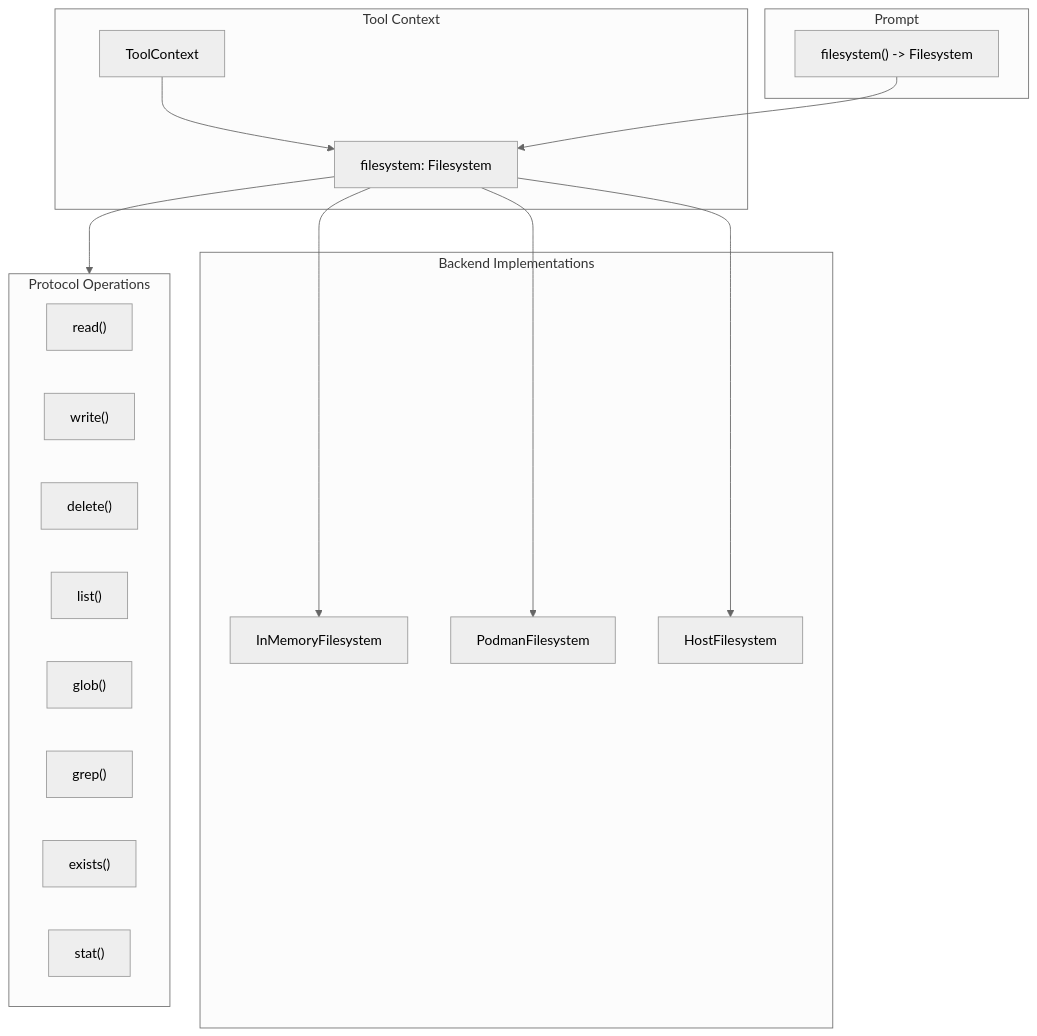
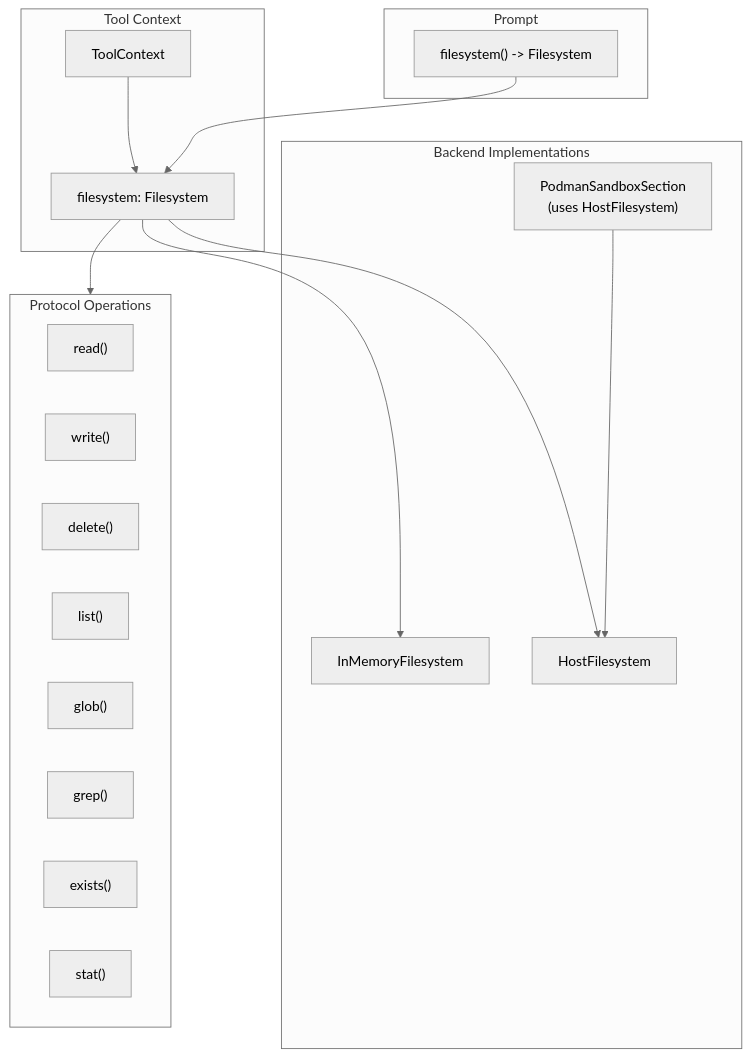
Before and after one commit to weakincentives/weakincentives: the first of 2 diagrams in specs/FILESYSTEM.md, drawn with Mermaid (neutral theme). The commit also changed other lines of this file, not shown here.

First line of the commit message:
Update FILESYSTEM.md to reflect actual Podman implementation

````diff
--- a/specs/FILESYSTEM.md
+++ b/specs/FILESYSTEM.md
@@ -22,35 +22,35 @@
 ```mermaid
 flowchart TB
     subgraph Context["Tool Context"]
         ToolContext["ToolContext"]
         FS["filesystem: Filesystem"]
     end
 
     subgraph Prompt["Prompt"]
         PromptFS["filesystem() -> Filesystem"]
     end
 
     subgraph Backends["Backend Implementations"]
         InMemory["InMemoryFilesystem"]
-        Podman["PodmanFilesystem"]
         Host["HostFilesystem"]
+        PodmanSection["PodmanSandboxSection<br/>(uses HostFilesystem)"]
     end
 
     subgraph Operations["Protocol Operations"]
         Read["read()"]
         Write["write()"]
         Delete["delete()"]
         List["list()"]
         Glob["glob()"]
         Grep["grep()"]
         Exists["exists()"]
         Stat["stat()"]
     end
 
     ToolContext --> FS
     PromptFS --> FS
     FS --> InMemory
-    FS --> Podman
     FS --> Host
+    PodmanSection --> Host
     FS --> Operations
 ```
````
